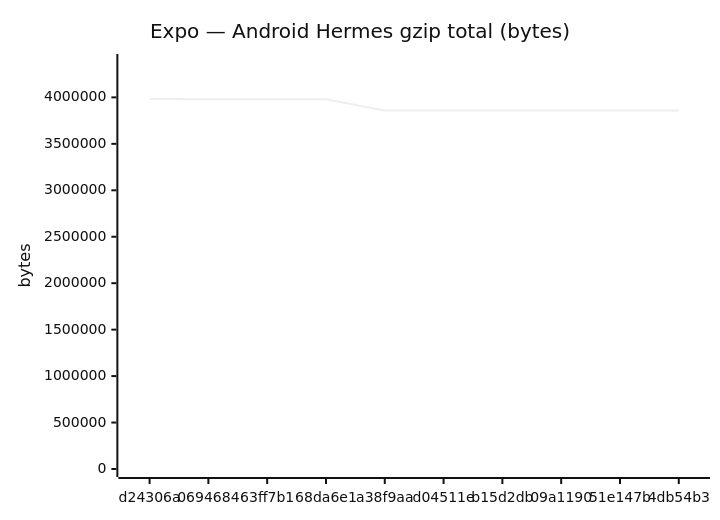
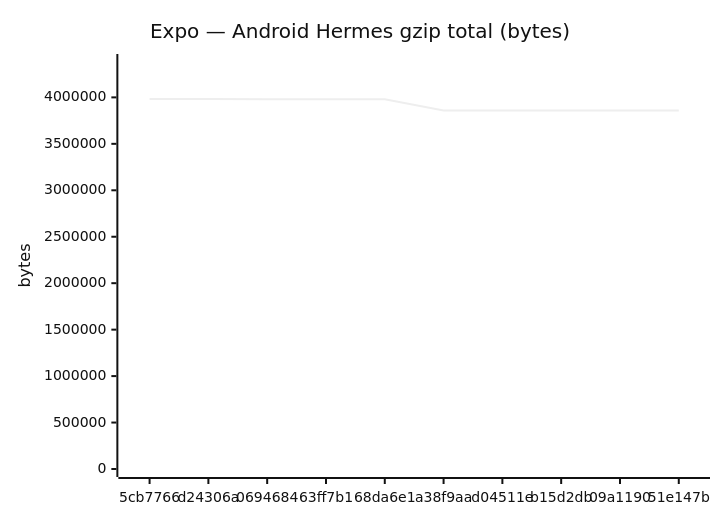
One commit to Metaheurist/Rianell changed the fifth of 18 diagrams in benchmarks/compare.md. Above: the diagram before and after it, drawn with Mermaid (neutral theme). The commit also changed other lines of this file and 11 other files, not shown here.

````diff
--- a/benchmarks/compare.md
+++ b/benchmarks/compare.md
@@ -89,7 +89,7 @@
 ```mermaid
 xychart-beta
     title "Expo — Android Hermes gzip total (bytes)"
-    x-axis ["d24306a", "0694684", "63ff7b1", "68da6e1", "a38f9aa", "d04511e", "b15d2db", "09a1190", "51e147b", "4db54b3"]
-    y-axis "bytes" 0 --> 4380849
-    line [3982590, 3979178, 3979178, 3979178, 3858192, 3858192, 3858195, 3858763, 3858763, 3858762]
+    x-axis ["5cb7766", "d24306a", "0694684", "63ff7b1", "68da6e1", "a38f9aa", "d04511e", "b15d2db", "09a1190", "51e147b"]
+    y-axis "bytes" 0 --> 4380854
+    line [3982594, 3982590, 3979178, 3979178, 3979178, 3858192, 3858192, 3858195, 3858763, 3858763]
 ```
````
